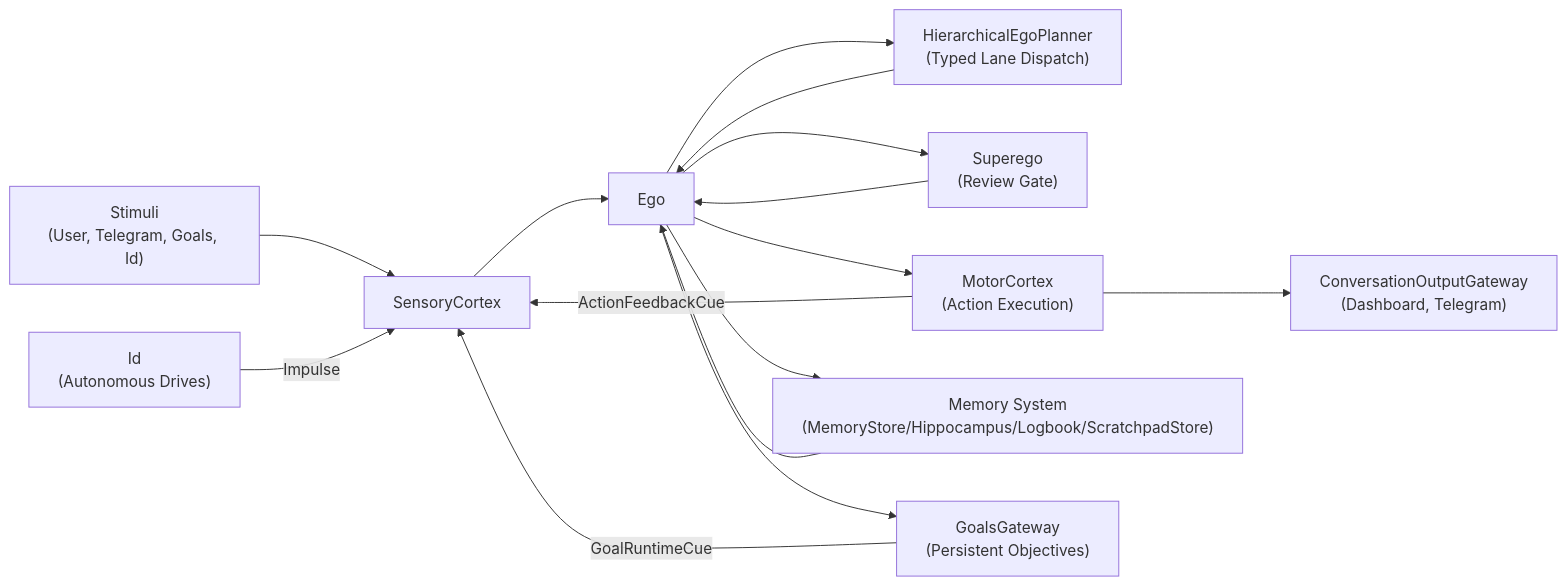
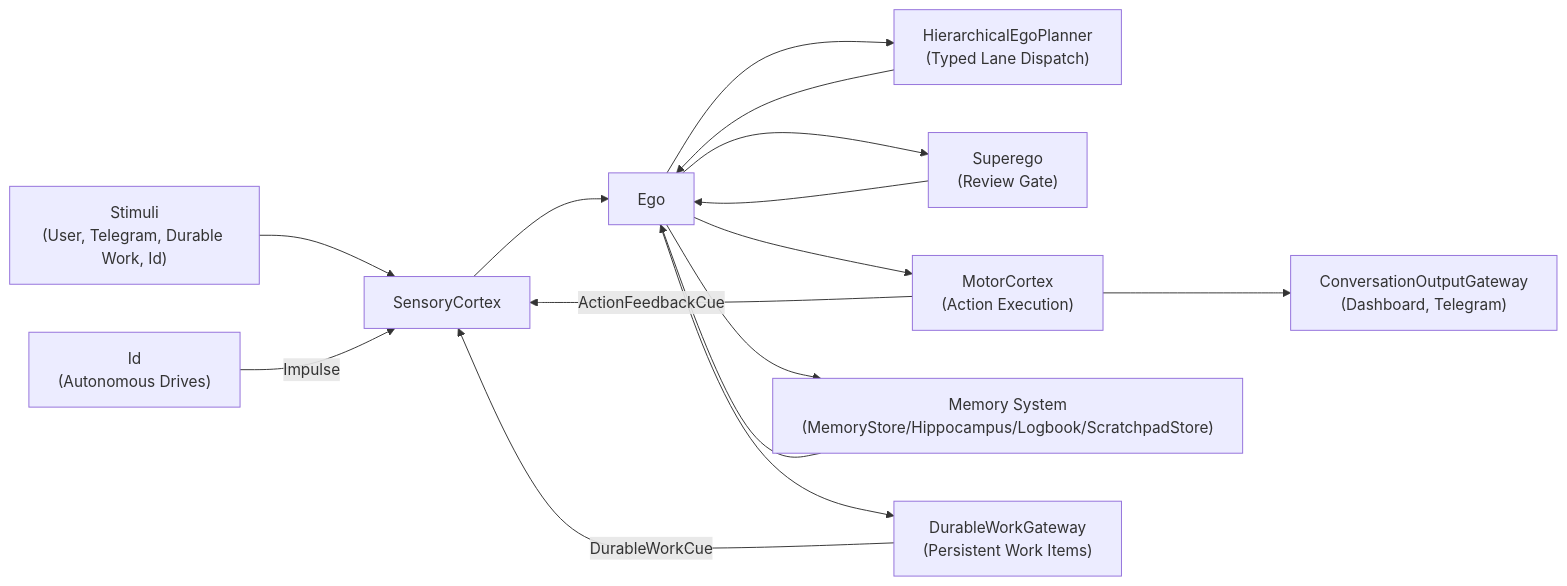
The first of 8 diagrams in AGENT_LOGIC_DIAGRAM.md (neopsyke/NeoPsyke), drawn with Mermaid before and after one commit. The commit also changed other lines of this file and 139 other files, not shown here.

First line of the commit message:
refactor(durablework)!: implement phase-1 durable work runtime

````diff
--- a/AGENT_LOGIC_DIAGRAM.md
+++ b/AGENT_LOGIC_DIAGRAM.md
@@ -12,17 +12,17 @@
 ```mermaid
 flowchart LR
-    Input["Stimuli\n(User, Telegram, Goals, Id)"] --> SC["SensoryCortex"]
+    Input["Stimuli\n(User, Telegram, Durable Work, Id)"] --> SC["SensoryCortex"]
     SC --> Ego["Ego"]
     Ego --> Planner["HierarchicalEgoPlanner\n(Typed Lane Dispatch)"]
     Planner --> Ego
     Ego --> Sup["Superego\n(Review Gate)"]
     Sup --> Ego
     Ego --> MC["MotorCortex\n(Action Execution)"]
     MC -->|"ActionFeedbackCue"| SC
     Id["Id\n(Autonomous Drives)"] -->|"Impulse"| SC
     Ego --> Mem["Memory System\n(MemoryStore/Hippocampus/Logbook/ScratchpadStore)"]
     Mem --> Ego
-    Ego --> Goals["GoalsGateway\n(Persistent Objectives)"]
-    Goals -->|"GoalRuntimeCue"| SC
+    Ego --> Goals["DurableWorkGateway\n(Persistent Work Items)"]
+    Goals -->|"DurableWorkCue"| SC
     MC --> Output["ConversationOutputGateway\n(Dashboard, Telegram)"]
 ```
````
